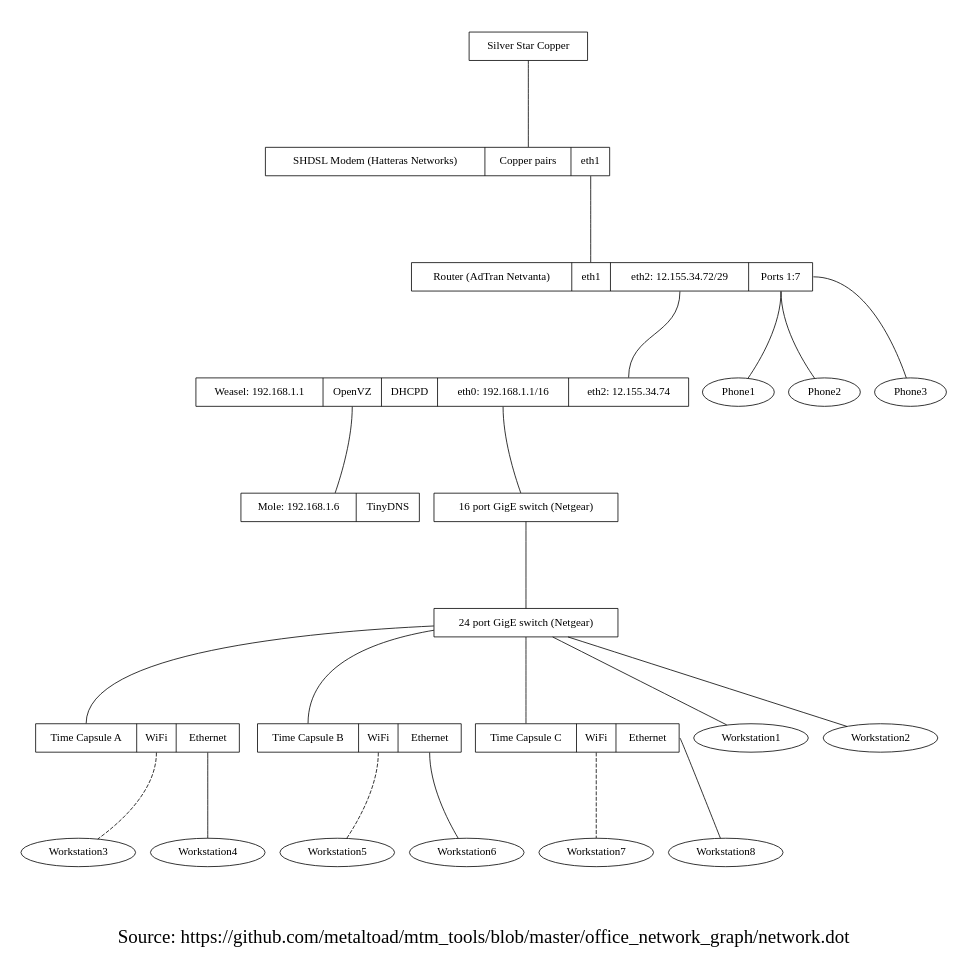
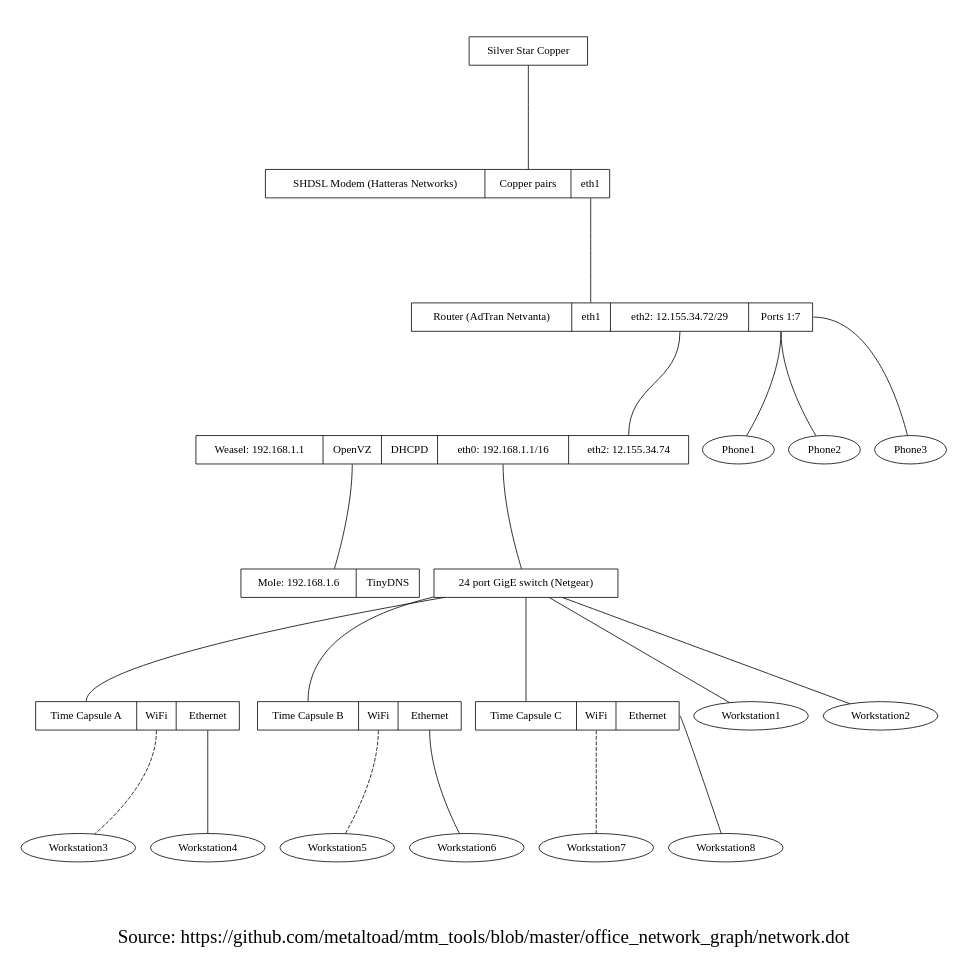
Before and after one commit to kronda/captools1: the diagram in office_network_graph/network.dot, drawn with Graphviz. The commit also changed 1 other file, not shown here.

Commit message:
update graph

```diff
--- a/office_network_graph/network.dot
+++ b/office_network_graph/network.dot
@@ -1,48 +1,46 @@
 graph network {
 
   graph[page="8.5,11",size="7.5,7",ratio=fill,center=1,fontsize=24];
   label="\n\nSource: https://github.com/metaltoad/mtm_tools/blob/master/office_network_graph/network.dot"
 
   node [shape=record];
 
   copper [label="Silver Star Copper"]
   modem [label="<t> SHDSL Modem (Hatteras Networks)|<copper> Copper pairs|<eth1> eth1"];
   router [label="<t> Router (AdTran Netvanta)|<eth1> eth1|<eth2> eth2: 12.155.34.72/29|<p1> Ports 1:7"];
   mainswitch [label="24 port GigE switch (Netgear)"]
-  weaselswitch [label="16 port GigE switch (Netgear)"]
   weasel [label="<t> Weasel: 192.168.1.1|<vz> OpenVZ|<dhcpd> DHCPD|<eth0> eth0: 192.168.1.1/16|<eth2> eth2: 12.155.34.74"];
   mole [label="<t>Mole: 192.168.1.6|<dns>TinyDNS"];
   tca [label="<t>Time Capsule A|<wifi> WiFi|<ether> Ethernet"];
   tcb [label="<t>Time Capsule B|<wifi> WiFi|<ether> Ethernet"];
   tcc [label="<t>Time Capsule C|<wifi> WiFi|<ether> Ethernet"];
 
   copper -- modem:copper
   modem:eth1 -- router:eth1;
   router:eth2 -- weasel:eth2;
-  weasel:eth0 -- weaselswitch;
-  weaselswitch -- mainswitch;
+  weasel:eth0 -- mainswitch;
   weasel:vz -- mole;
   mainswitch -- tca:t;
   mainswitch -- tcb:t;
   mainswitch -- tcc:t;
 
 
   node [shape=ellipse];
 
   router:p1 -- Phone1;
   router:p1 -- Phone2;
   router:p1 -- Phone3;
 
   mainswitch -- Workstation1;
   mainswitch -- Workstation2;
 
   tca:wifi -- Workstation3 [style=dashed];
   tca:ether -- Workstation4;
   tcb:wifi -- Workstation5 [style=dashed];
   tcb:ether -- Workstation6;
   tcc:wifi -- Workstation7 [style=dashed];
   tcc:ether -- Workstation8;
 
 
 
 }
```
